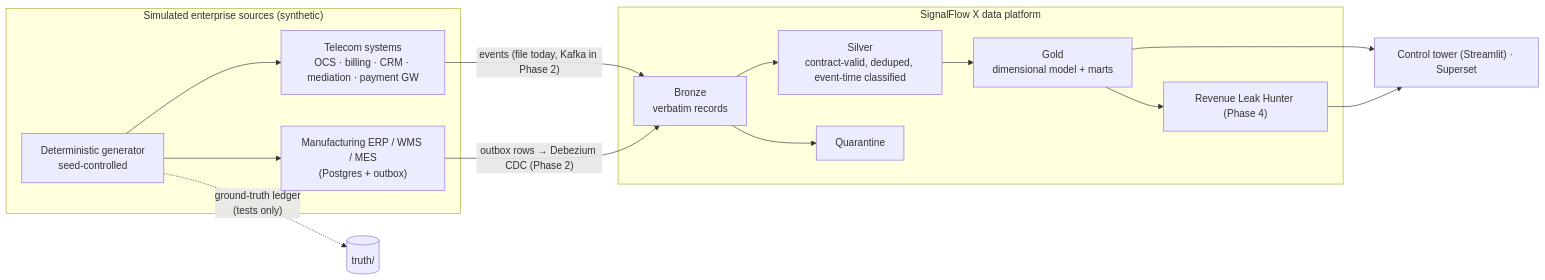
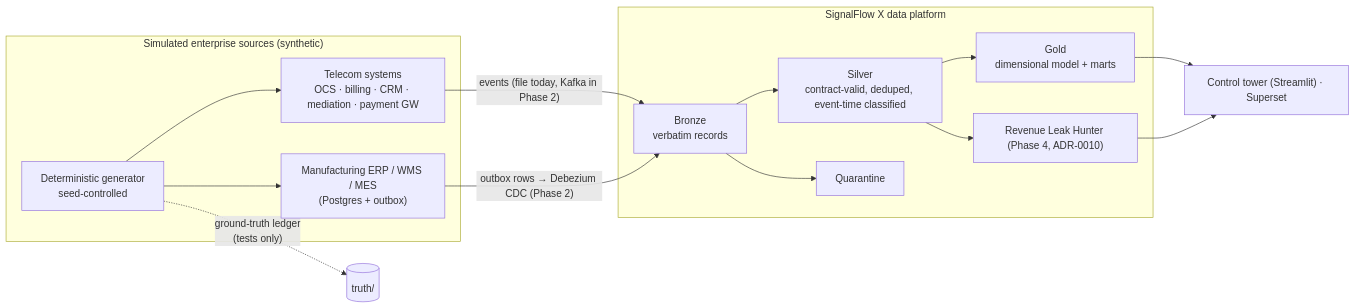
The first of 6 diagrams in docs/ARCHITECTURE.md (noushadbackup/SIGNALFLOW-X), drawn with Mermaid before and after one commit. The commit also changed other lines of this file and 22 other files, not shown here.

First line of the commit message:
Phase 4 (part 2): Leak Hunter UI, digital twin pages, Airflow schedule, docs

````diff
--- a/docs/ARCHITECTURE.md
+++ b/docs/ARCHITECTURE.md
@@ -8,20 +8,20 @@
 ```mermaid
 flowchart LR
   subgraph Sources["Simulated enterprise sources (synthetic)"]
     GEN["Deterministic generator<br/>seed-controlled"]
     TEL["Telecom systems<br/>OCS · billing · CRM · mediation · payment GW"]
     ERP["Manufacturing ERP / WMS / MES<br/>(Postgres + outbox)"]
     GEN --> TEL & ERP
   end
   TEL -- "events (file today, Kafka in Phase 2)" --> BR
   ERP -- "outbox rows → Debezium CDC (Phase 2)" --> BR
   subgraph Platform["SignalFlow X data platform"]
     BR["Bronze<br/>verbatim records"] --> SV["Silver<br/>contract-valid, deduped, event-time classified"]
     BR --> Q["Quarantine"]
     SV --> GD["Gold<br/>dimensional model + marts"]
-    GD --> RA["Revenue Leak Hunter (Phase 4)"]
+    SV --> RA["Revenue Leak Hunter (Phase 4, ADR-0010)"]
   end
   GD --> UI["Control tower (Streamlit) · Superset"]
   RA --> UI
   GEN -. "ground-truth ledger<br/>(tests only)" .-> T[("truth/")]
 ```
````
